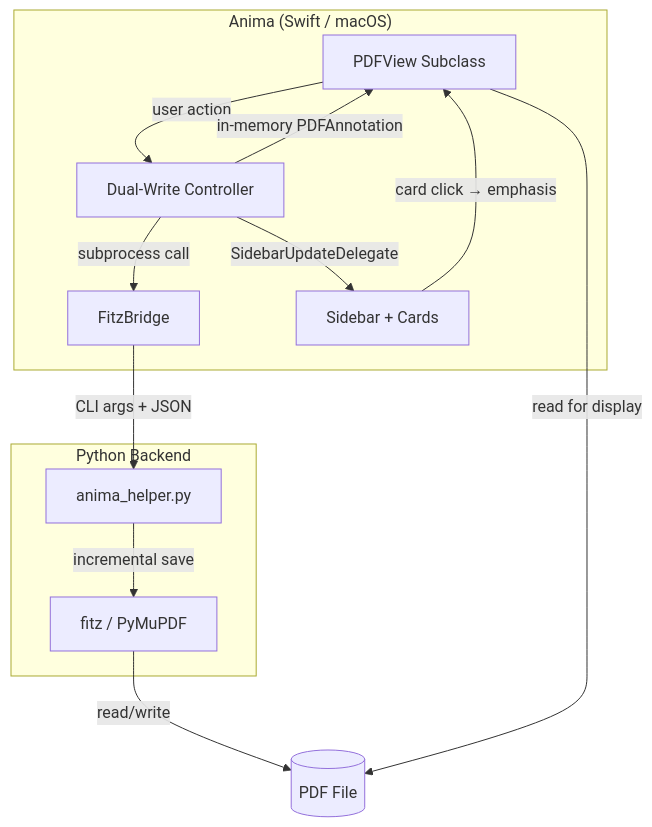
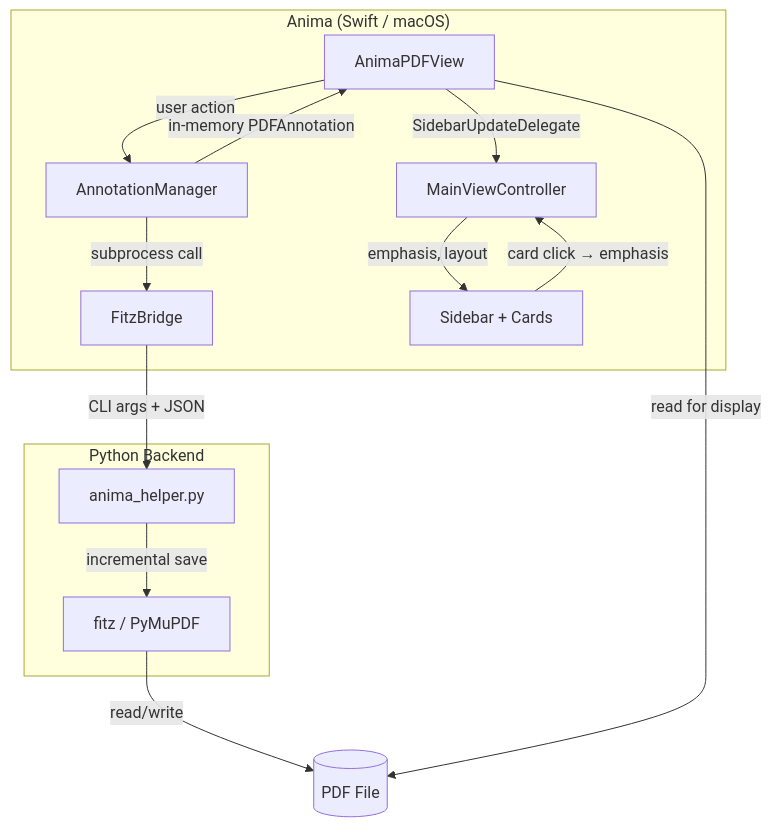
Before and after one commit to fschuhi/anima: the diagram in README.md, drawn with Mermaid. The commit also changed other lines of this file and 3 other files, not shown here.

Commit message:
refactored (AnnotationManager)

````diff
--- a/README.md
+++ b/README.md
@@ -47,26 +47,28 @@
 ```mermaid
 graph TB
     subgraph "Anima (Swift / macOS)"
-        UI[PDFView Subclass]
-        DW[Dual-Write Controller]
+        UI[AnimaPDFView]
+        AM[AnnotationManager]
         FB[FitzBridge]
+        MVC[MainViewController]
         SB[Sidebar + Cards]
     end
 
     subgraph "Python Backend"
         AH[anima_helper.py]
         FZ[fitz / PyMuPDF]
     end
 
     PDF[(PDF File)]
 
-    UI -->|user action| DW
-    DW -->|in-memory PDFAnnotation| UI
-    DW -->|subprocess call| FB
-    DW -->|SidebarUpdateDelegate| SB
+    UI -->|user action| AM
+    AM -->|in-memory PDFAnnotation| UI
+    AM -->|subprocess call| FB
+    UI -->|SidebarUpdateDelegate| MVC
+    MVC -->|emphasis, layout| SB
     FB -->|CLI args + JSON| AH
     AH -->|incremental save| FZ
     FZ -->|read/write| PDF
     UI -->|read for display| PDF
-    SB -->|card click → emphasis| UI
+    SB -->|card click → emphasis| MVC
 ```
````
